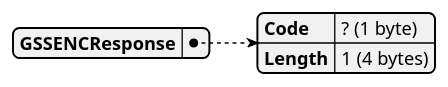
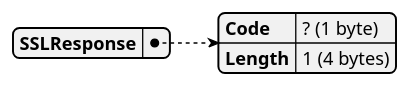
One commit to xfischer/pg_protoexport changed the seventh of 13 diagrams in docs/examples/exports/pagila-13-cancelrequest/capture.plantuml.pkt.md. Above: the diagram before and after it, drawn with PlantUML. The commit also changed other lines of this file and 135 other files, not shown here.

````diff
--- a/docs/examples/exports/pagila-13-cancelrequest/capture.plantuml.pkt.md
+++ b/docs/examples/exports/pagila-13-cancelrequest/capture.plantuml.pkt.md
@@ -91,10 +91,10 @@
 ```plantuml
 @startjson
 {
-  "GSSENCResponse": {
+  "SSLResponse": {
     "Code": "? (1 byte)",
     "Length": "1 (4 bytes)"
   }
 }
 @endjson
 ```
````
